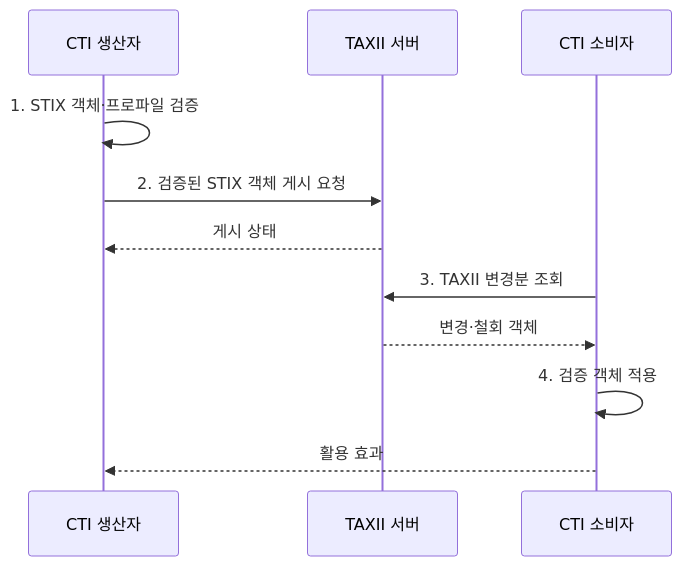
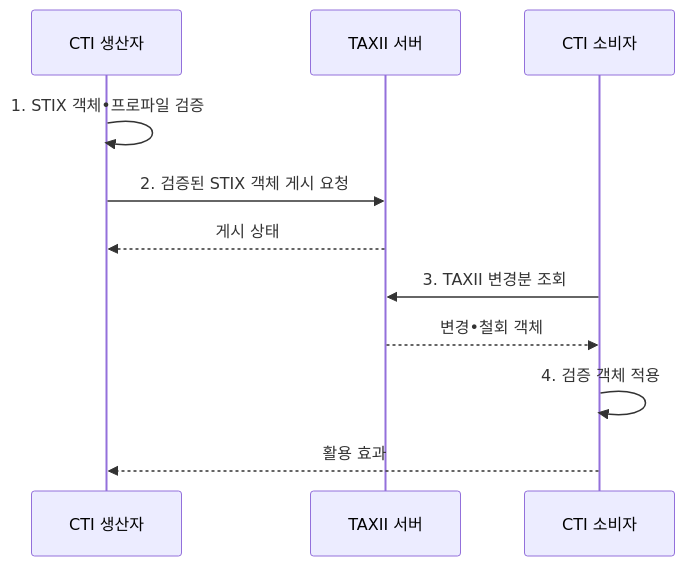
One commit to agnusdei1207/knowledge-base changed the second of 2 diagrams in src/content/docs/notes/05-security/032_stix_taxii.md. Above: the diagram before and after it, drawn with Mermaid. The commit also changed other lines of this file and 953 other files, not shown here.

````diff
--- a/src/content/docs/notes/05-security/032_stix_taxii.md
+++ b/src/content/docs/notes/05-security/032_stix_taxii.md
@@ -105,13 +105,13 @@
 ```mermaid
 sequenceDiagram
     participant P as CTI 생산자
     participant T as TAXII 서버
     participant C as CTI 소비자
-    P->>P: 1. STIX 객체·프로파일 검증
+    P->>P: 1. STIX 객체•프로파일 검증
     P->>T: 2. 검증된 STIX 객체 게시 요청
     T-->>P: 게시 상태
     C->>T: 3. TAXII 변경분 조회
-    T-->>C: 변경·철회 객체
+    T-->>C: 변경•철회 객체
     C->>C: 4. 검증 객체 적용
     C-->>P: 활용 효과
 ```
````
